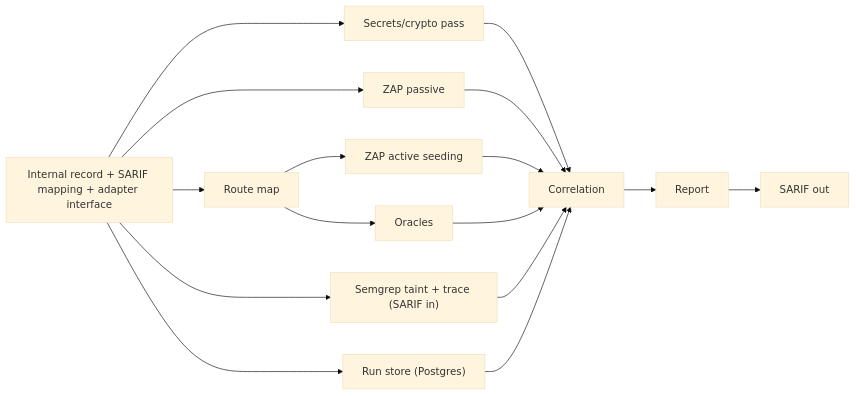
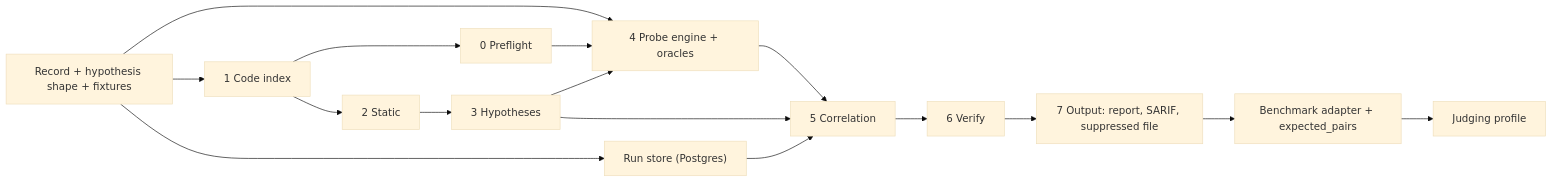
One commit to ROHITH-KUMAR-L/elenchus changed the diagram in docs/implementation-plan.md. Above: the diagram before and after it, drawn with Mermaid (base theme). The commit also changed other lines of this file, not shown here.

Commit message:
docs(plan): Must, Should, Could tiers, split and fixtures

````diff
--- a/docs/implementation-plan.md
+++ b/docs/implementation-plan.md
@@ -34,13 +120,19 @@
 ```mermaid
 flowchart LR
-    contract["Internal record + SARIF mapping + adapter interface"]
-    contract --> secrets[Secrets/crypto pass]
-    contract --> passive[ZAP passive]
-    contract --> rmap[Route map]
-    rmap --> active[ZAP active seeding]
-    rmap --> oracles[Oracles]
-    contract --> semgrep["Semgrep taint + trace (SARIF in)"]
+    contract["Record + hypothesis shape + fixtures"]
+    contract --> idx["1 Code index"]
+    idx --> sta["2 Static"]
+    sta --> hyp["3 Hypotheses"]
+    idx --> pre["0 Preflight"]
+    contract --> probe["4 Probe engine + oracles"]
+    pre --> probe
+    hyp --> probe
     contract --> store["Run store (Postgres)"]
-    secrets & passive & active & oracles & semgrep & store --> corr[Correlation]
-    corr --> report[Report] --> sarif[SARIF out]
+    probe --> corr["5 Correlation"]
+    hyp --> corr
+    store --> corr
+    corr --> ver["6 Verify"]
+    ver --> out["7 Output: report, SARIF, suppressed file"]
+    out --> bench["Benchmark adapter + expected_pairs"]
+    bench --> judge["Judging profile"]
 ```
````
